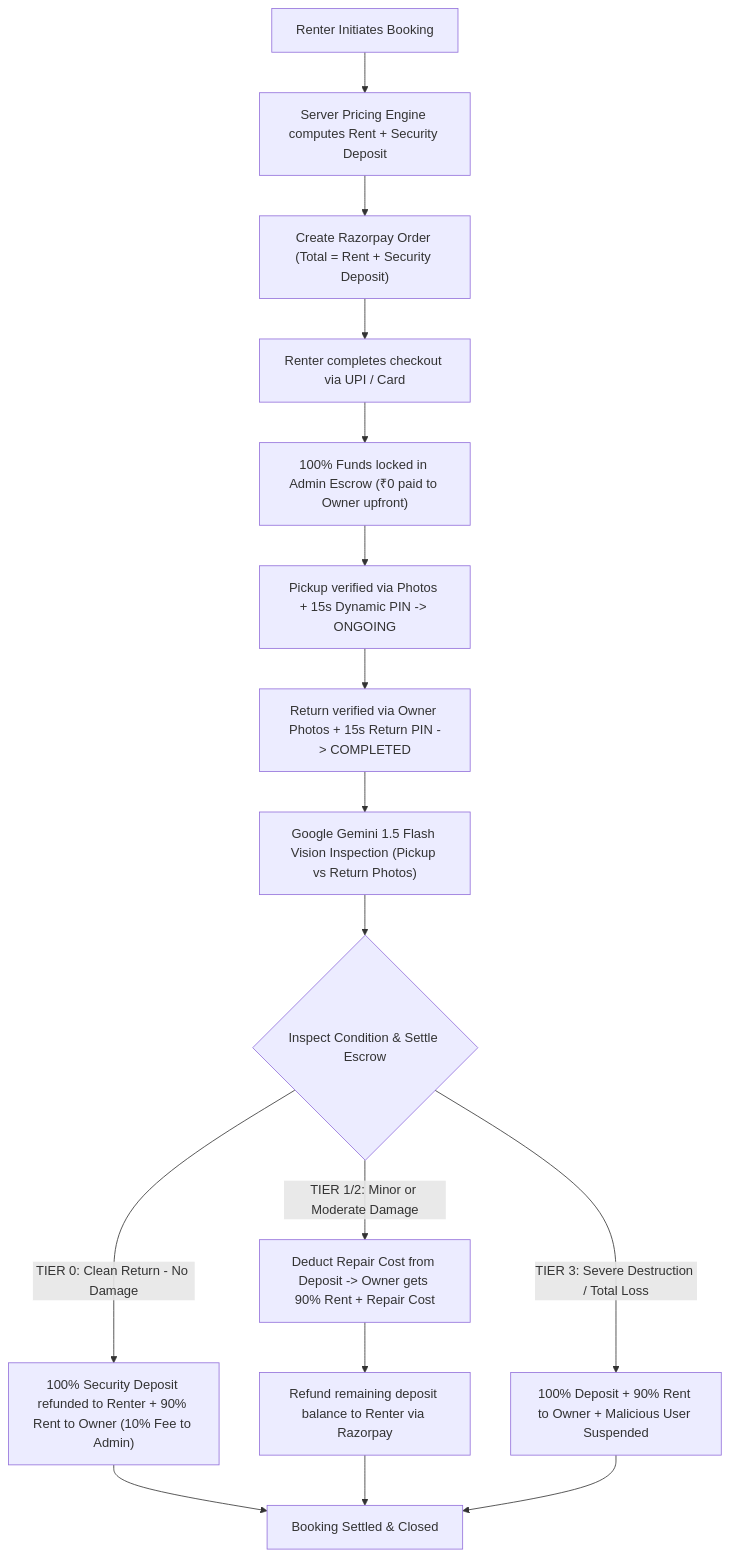
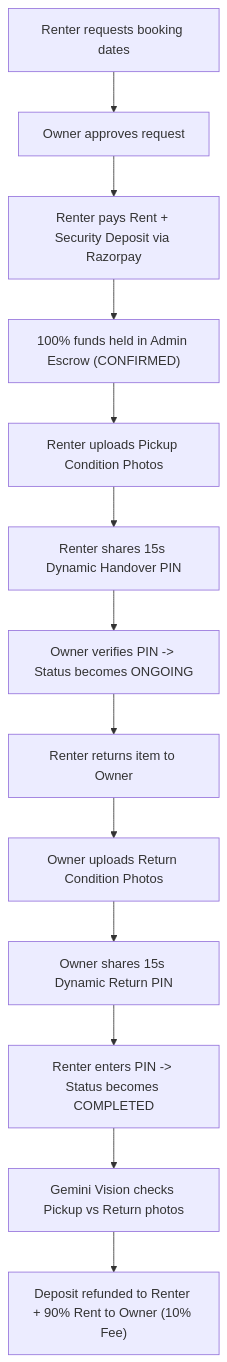
One commit to priyanshuraj20/Rentora changed the second of 4 diagrams in ReadMe.md. Above: the diagram before and after it, drawn with Mermaid. The commit also changed other lines of this file, not shown here.

````diff
--- a/ReadMe.md
+++ b/ReadMe.md
@@ -151,18 +97,15 @@
 ```mermaid
 flowchart TD
-    Start["Renter Initiates Booking"] --> Calc["Server Pricing Engine computes Rent + Security Deposit"]
-    Calc --> RazorpayOrder["Create Razorpay Order (Total = Rent + Security Deposit)"]
-    RazorpayOrder --> PaymentCaptured["Renter completes checkout via UPI / Card"]
-    PaymentCaptured --> EscrowLock["100% Funds locked in Admin Escrow (₹0 paid to Owner upfront)"]
-    EscrowLock --> HandoverDone["Pickup verified via Photos + 15s Dynamic PIN -> ONGOING"]
-    HandoverDone --> ItemReturned["Return verified via Owner Photos + 15s Return PIN -> COMPLETED"]
-    ItemReturned --> GeminiAI["Google Gemini 1.5 Flash Vision Inspection (Pickup vs Return Photos)"]
-    GeminiAI --> DamageCheck{"Inspect Condition & Settle Escrow"}
-    DamageCheck -->|"TIER 0: Clean Return - No Damage"| FullRefund["100% Security Deposit refunded to Renter + 90% Rent to Owner (10% Fee to Admin)"]
-    DamageCheck -->|"TIER 1/2: Minor or Moderate Damage"| PartialDeduction["Deduct Repair Cost from Deposit -> Owner gets 90% Rent + Repair Cost"]
-    PartialDeduction --> RemainderRefund["Refund remaining deposit balance to Renter via Razorpay"]
-    DamageCheck -->|"TIER 3: Severe Destruction / Total Loss"| Forfeit["100% Deposit + 90% Rent to Owner + Malicious User Suspended"]
-    FullRefund --> Settled["Booking Settled & Closed"]
-    RemainderRefund --> Settled
-    Forfeit --> Settled
+    A["Renter requests booking dates"] --> B["Owner approves request"]
+    B --> C["Renter pays Rent + Security Deposit via Razorpay"]
+    C --> D["100% funds held in Admin Escrow (CONFIRMED)"]
+    D --> E["Renter uploads Pickup Condition Photos"]
+    E --> F["Renter shares 15s Dynamic Handover PIN"]
+    F --> G["Owner verifies PIN -> Status becomes ONGOING"]
+    G --> H["Renter returns item to Owner"]
+    H --> I["Owner uploads Return Condition Photos"]
+    I --> J["Owner shares 15s Dynamic Return PIN"]
+    J --> K["Renter enters PIN -> Status becomes COMPLETED"]
+    K --> L["Gemini Vision checks Pickup vs Return photos"]
+    L --> M["Deposit refunded to Renter + 90% Rent to Owner (10% Fee)"]
 ```
````
